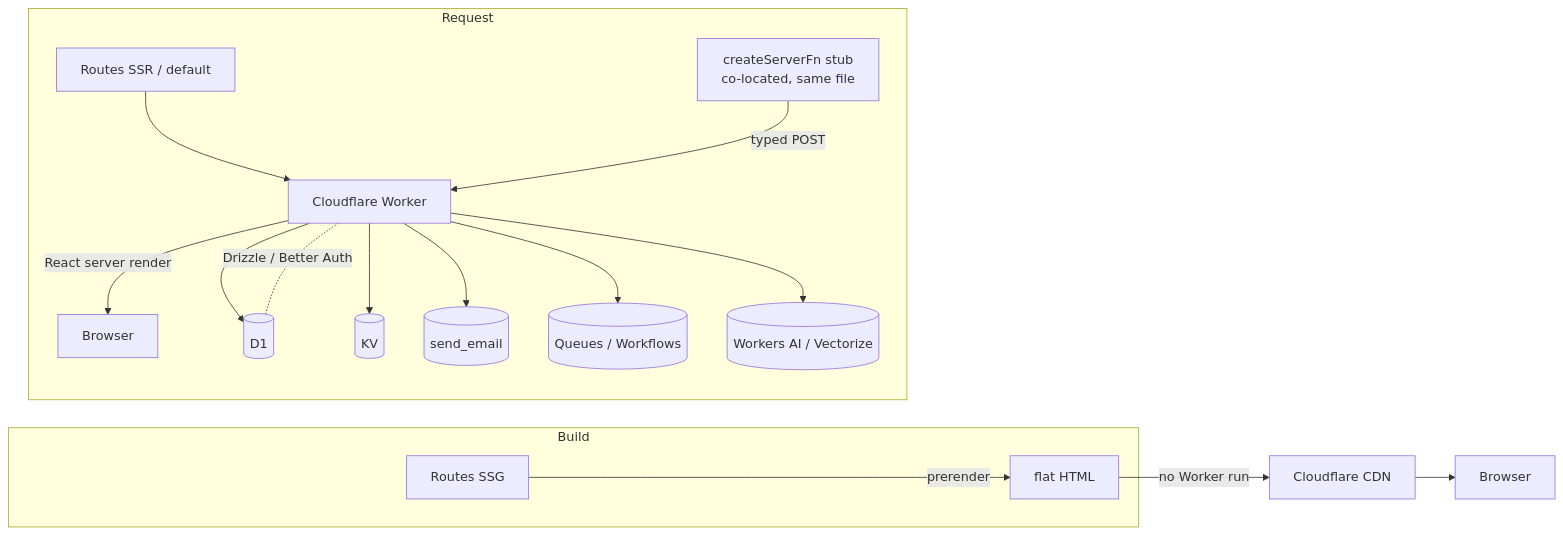
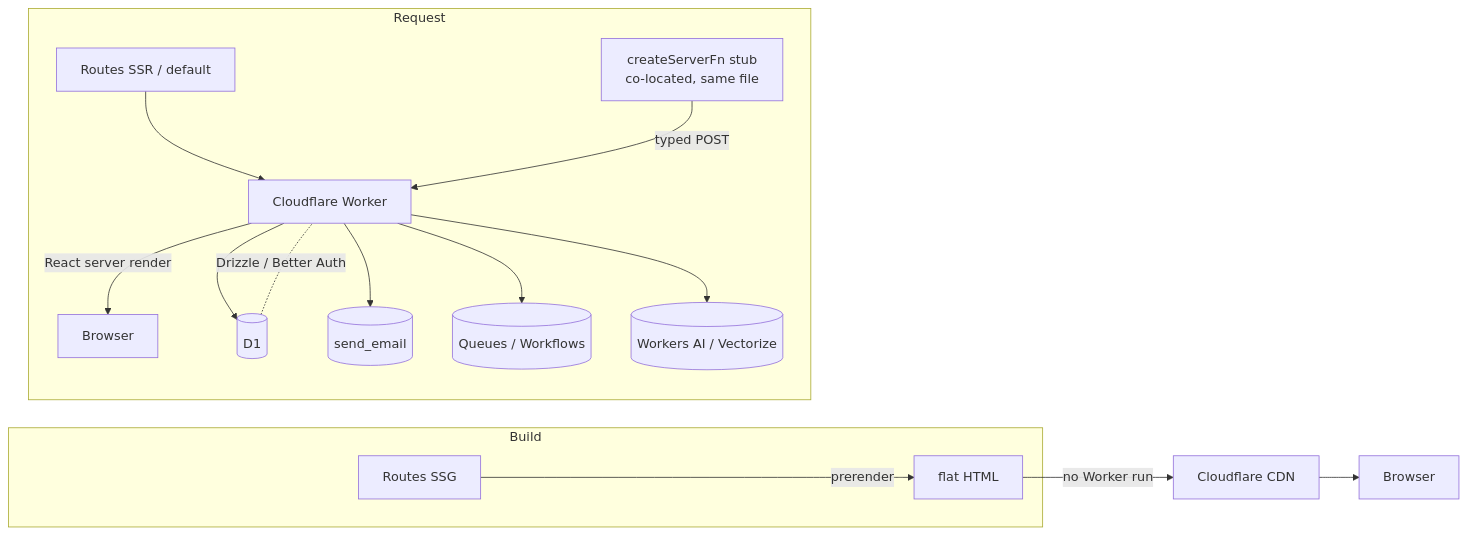
Before and after one commit to youming-ai/bun-ts-stack-skills: the first of 4 diagrams in tanstack/SKILL.md, drawn with Mermaid. The commit also changed other lines of this file and 1 other file, not shown here.

````diff
--- a/tanstack/SKILL.md
+++ b/tanstack/SKILL.md
@@ -79,19 +79,18 @@
 ```mermaid
 flowchart LR
   subgraph Build
     R[Routes SSG] -->|prerender| H[flat HTML]
   end
   H -->|no Worker run| CDN[Cloudflare CDN] --> Browser
 
   subgraph Request
     SSR[Routes SSR / default] --> W[Cloudflare Worker]
     SFN[createServerFn stub<br/>co-located, same file] -->|typed POST| W
     W -->|React server render| Browser2[Browser]
     W --> D1[(D1)]
-    W --> KV[(KV)]
     W --> MAIL[(send_email)]
     W --> Q[(Queues / Workflows)]
     W --> AI[(Workers AI / Vectorize)]
     D1 -. Drizzle / Better Auth .- W
   end
 ```
````
